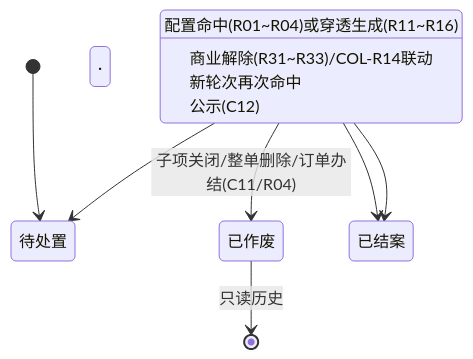
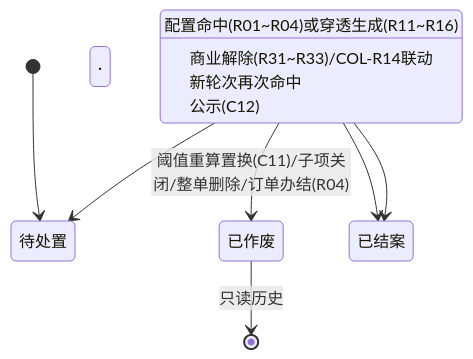
The first of 7 diagrams in 02-PRD文档/B-迭代需求/6.2版本（2026.08）/02-预警信息/02押品预警信息/押品预警信息业务规则规格.md (RobertHuang999/SYZC), drawn with Mermaid before and after one commit. The commit also changed other lines of this file and 14 other files, not shown here.

````diff
--- a/02-PRD文档/B-迭代需求/6.2版本（2026.08）/02-预警信息/02押品预警信息/押品预警信息业务规则规格.md
+++ b/02-PRD文档/B-迭代需求/6.2版本（2026.08）/02-预警信息/02押品预警信息/押品预警信息业务规则规格.md
@@ -57,9 +57,9 @@
 ```mermaid
 stateDiagram-v2
     [*] --> 待处置 · 有效: 配置命中(R01~R04)或穿透生成(R11~R16)
-    待处置 · 有效 --> 已作废: 子项关闭/整单删除/订单办结(C11/R04)
+    待处置 · 有效 --> 已作废: 阈值重算置换(C11)/子项关闭/整单删除/订单办结(R04)
     待处置 · 有效 --> 已结案 · 有效: 商业解除(R31~R33)/COL-R14联动
     已结案 · 有效 --> 待处置 · 有效: 新轮次再次命中
     已作废 --> [*]: 只读历史
     已结案 · 有效 --> 已结案 · 有效: 公示(C12)
 ```
````
